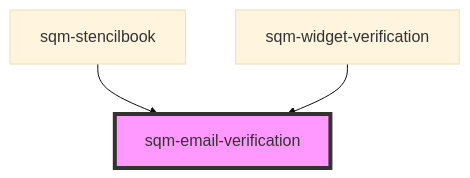
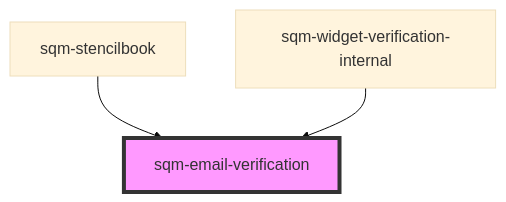
The diagram in packages/mint-components/src/components/sqm-widget-verification/sqm-email-verification/readme.md (saasquatch/program-tools), drawn with Mermaid (base theme) before and after one commit. The commit also changed other lines of this file and 15 other files, not shown here.

````diff
--- a/packages/mint-components/src/components/sqm-widget-verification/sqm-email-verification/readme.md
+++ b/packages/mint-components/src/components/sqm-widget-verification/sqm-email-verification/readme.md
@@ -27,6 +26,6 @@
 ```mermaid
 graph TD;
   sqm-stencilbook --> sqm-email-verification
-  sqm-widget-verification --> sqm-email-verification
+  sqm-widget-verification-internal --> sqm-email-verification
   style sqm-email-verification fill:#f9f,stroke:#333,stroke-width:4px
 ```
````
